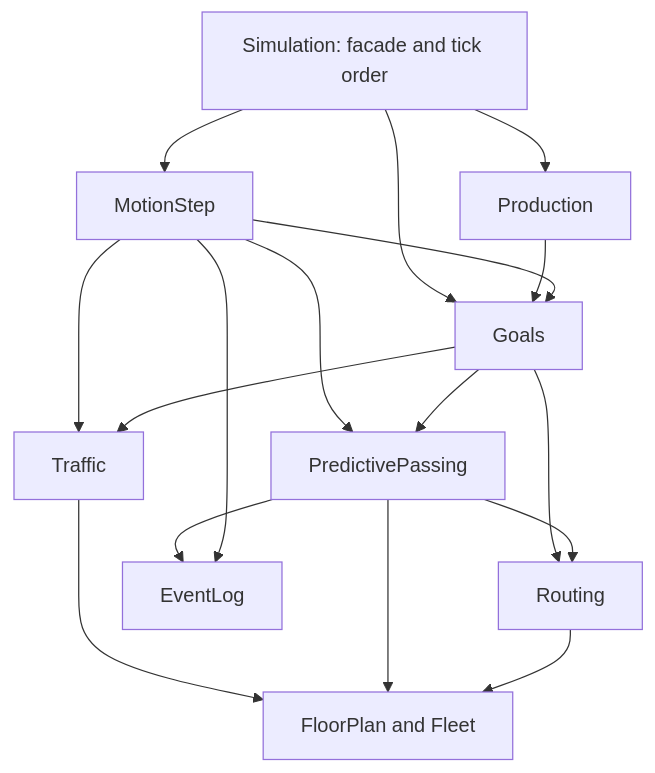
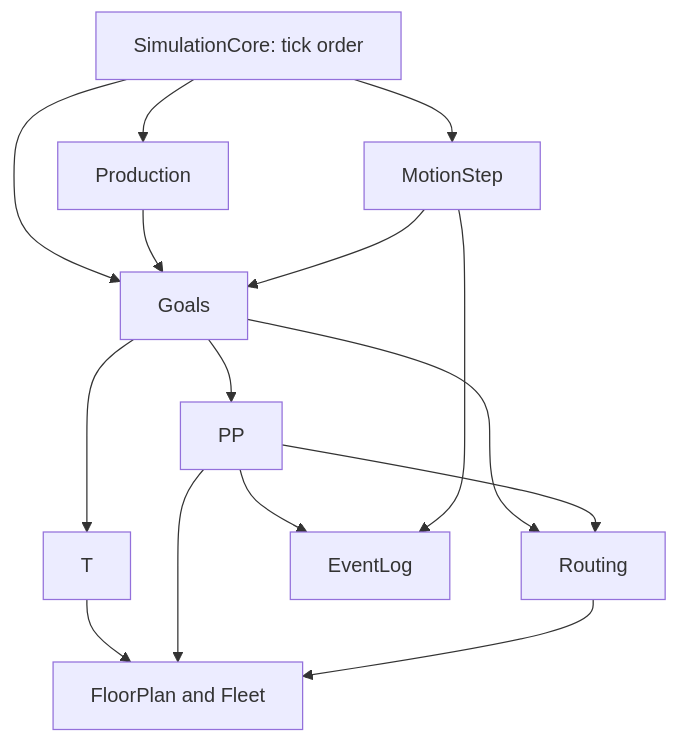
Before and after one commit to SMB-M87/Kinetra-Lab: the diagram in docs/design/2026-11-19-i4sim-restructuring.md, drawn with Mermaid. The commit also changed other lines of this file and 3 other files, not shown here.

````diff
--- a/docs/design/2026-11-19-i4sim-restructuring.md
+++ b/docs/design/2026-11-19-i4sim-restructuring.md
@@ -184,19 +184,17 @@
 ```mermaid
 flowchart TD
-    S[Simulation: facade and tick order] --> P[Production]
+    S[SimulationCore: tick order] --> P[Production]
     S --> M[MotionStep]
     S --> G[Goals]
     P --> G
     M --> G
-    M --> T[Traffic]
-    M --> PP[PredictivePassing]
     G --> T
     G --> PP
     G --> R[Routing]
     PP --> R
     T --> F[FloorPlan and Fleet]
     PP --> F
     R --> F
     PP --> E[EventLog]
     M --> E
 ```
````
